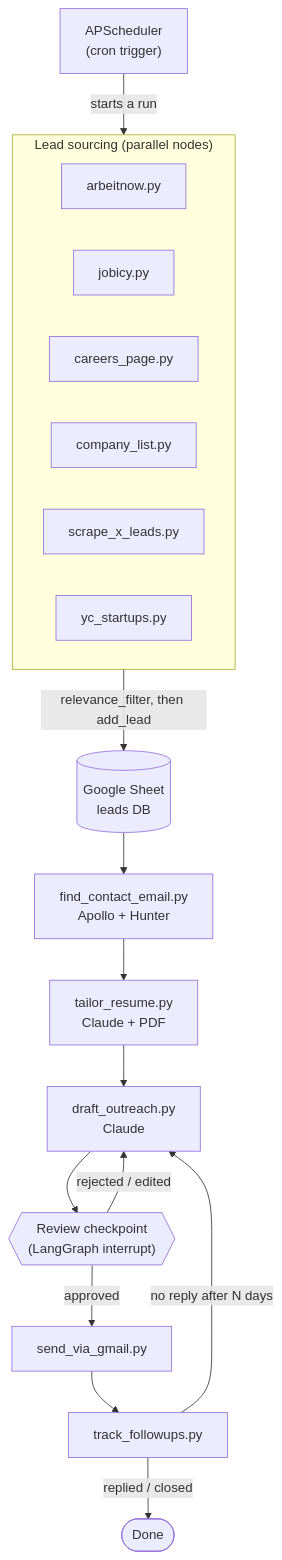
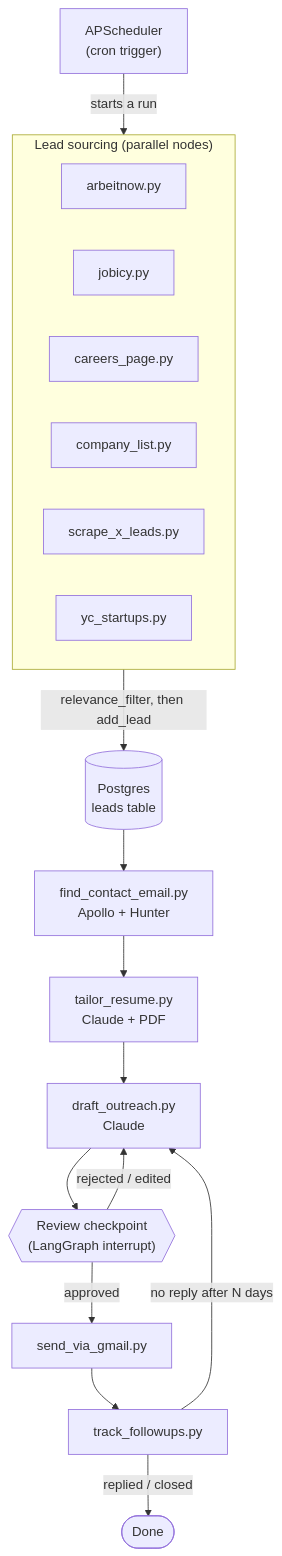
Before and after one commit to swap5114/Auto_job_apply: the first of 3 diagrams in Readme.md, drawn with Mermaid. The commit also changed other lines of this file and 47 other files, not shown here.

First line of the commit message:
Migrate pipeline from Google Sheets to Postgres (Phase 0 foundation)

````diff
--- a/Readme.md
+++ b/Readme.md
@@ -38,27 +40,27 @@
 ```mermaid
 flowchart TD
     Scheduler["APScheduler\n(cron trigger)"] -->|starts a run| Scrape
 
     subgraph Scrape["Lead sourcing (parallel nodes)"]
         A1[arbeitnow.py]
         A2[jobicy.py]
         A3[careers_page.py]
         A4[company_list.py]
         A5[scrape_x_leads.py]
         A6[yc_startups.py]
     end
 
-    Scrape -->|relevance_filter, then add_lead| Sheet[(Google Sheet\nleads DB)]
+    Scrape -->|relevance_filter, then add_lead| DB[(Postgres\nleads table)]
 
-    Sheet --> FCE[find_contact_email.py\nApollo + Hunter]
+    DB --> FCE[find_contact_email.py\nApollo + Hunter]
     FCE --> TR[tailor_resume.py\nClaude + PDF]
     TR --> DO[draft_outreach.py\nClaude]
     DO --> Review{{"Review checkpoint\n(LangGraph interrupt)"}}
 
     Review -->|approved| Send[send_via_gmail.py]
     Review -->|rejected / edited| DO
 
     Send --> Track[track_followups.py]
     Track -->|no reply after N days| DO
     Track -->|replied / closed| Done([Done])
 ```
````
